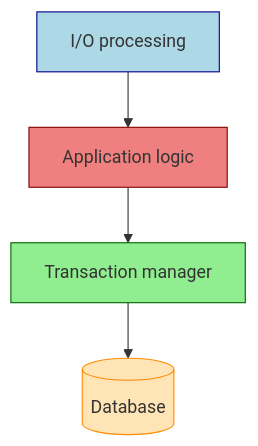
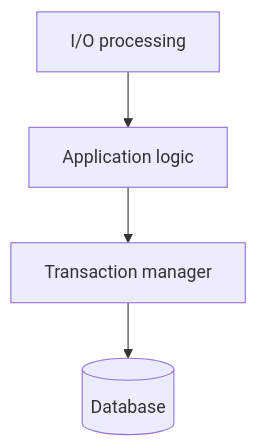
The first of 6 diagrams in docs/mca/se/u22/u5.md (sujith-eag/sujith-library), drawn with Mermaid before and after one commit. The commit also changed other lines of this file and 41 other files, not shown here.

First line of the commit message:
Refactor diagrams and remove redundant styles in documentation

````diff
--- a/docs/mca/se/u22/u5.md
+++ b/docs/mca/se/u22/u5.md
@@ -47,11 +47,6 @@
 ```mermaid
 graph TD
     IOP[I/O processing] --> AL[Application logic]
     AL --> TM[Transaction manager]
     TM --> DB[(Database)]
-
-    style IOP fill:#ADD8E6, stroke:#00008B
-    style AL fill:#F08080, stroke:#800000
-    style TM fill:#90EE90, stroke:#006400
-    style DB fill:#FFE4B5, stroke:#FF8C00
 ```
````
